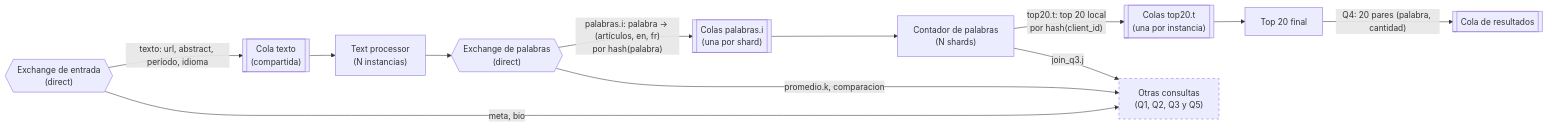
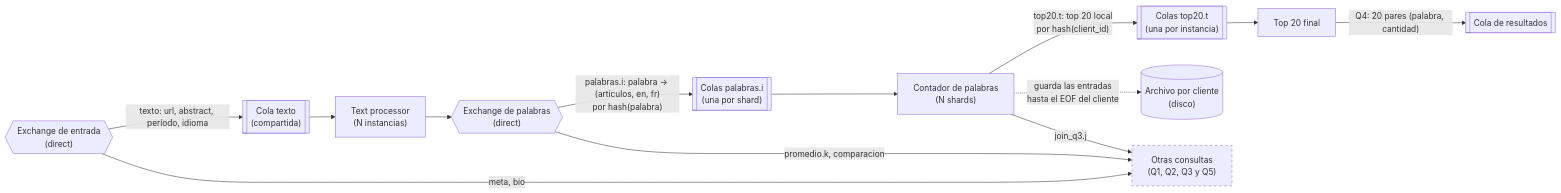
Before and after one commit to Cristobal710/tp-final-distribuidos: diagram 13 of 14 in diagramas/README.md, drawn with Mermaid. The commit also changed other lines of this file, not shown here.

````diff
--- a/diagramas/README.md
+++ b/diagramas/README.md
@@ -494,19 +503,20 @@
 ```mermaid
 flowchart LR
     EXE{{"Exchange de entrada<br/>(direct)"}}
     EXE -- "texto: url, abstract, período, idioma" --> QTX[["Cola texto<br/>(compartida)"]]
     QTX --> TP["Text processor<br/>(N instancias)"]
     TP --> EXP{{"Exchange de palabras<br/>(direct)"}}
     EXP -- "palabras.i: palabra → (artículos, en, fr)<br/>por hash(palabra)" --> QW[["Colas palabras.i<br/>(una por shard)"]]
     QW --> WC["Contador de palabras<br/>(N shards)"]
     WC -- "top20.t: top 20 local<br/>por hash(client_id)" --> QTOP[["Colas top20.t<br/>(una por instancia)"]]
     QTOP --> TOP["Top 20 final"]
     TOP -- "Q4: 20 pares (palabra, cantidad)" --> QR[["Cola de resultados"]]
+    WC -. "guarda las entradas<br/>hasta el EOF del cliente" .-> DWC[("Archivo por cliente<br/>(disco)")]
 
     EXE -- "meta, bio" --> OTRAS["Otras consultas<br/>(Q1, Q2, Q3 y Q5)"]
     EXP -- "promedio.k, comparacion" --> OTRAS
     WC -- "join_q3.j" --> OTRAS
 
     classDef resto stroke-dasharray: 5 5
     class OTRAS resto
 ```
````
